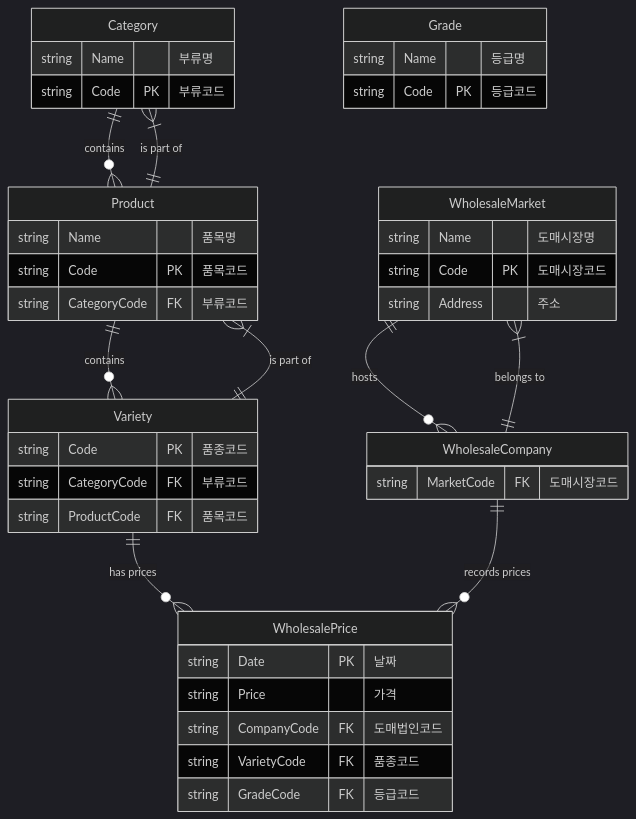
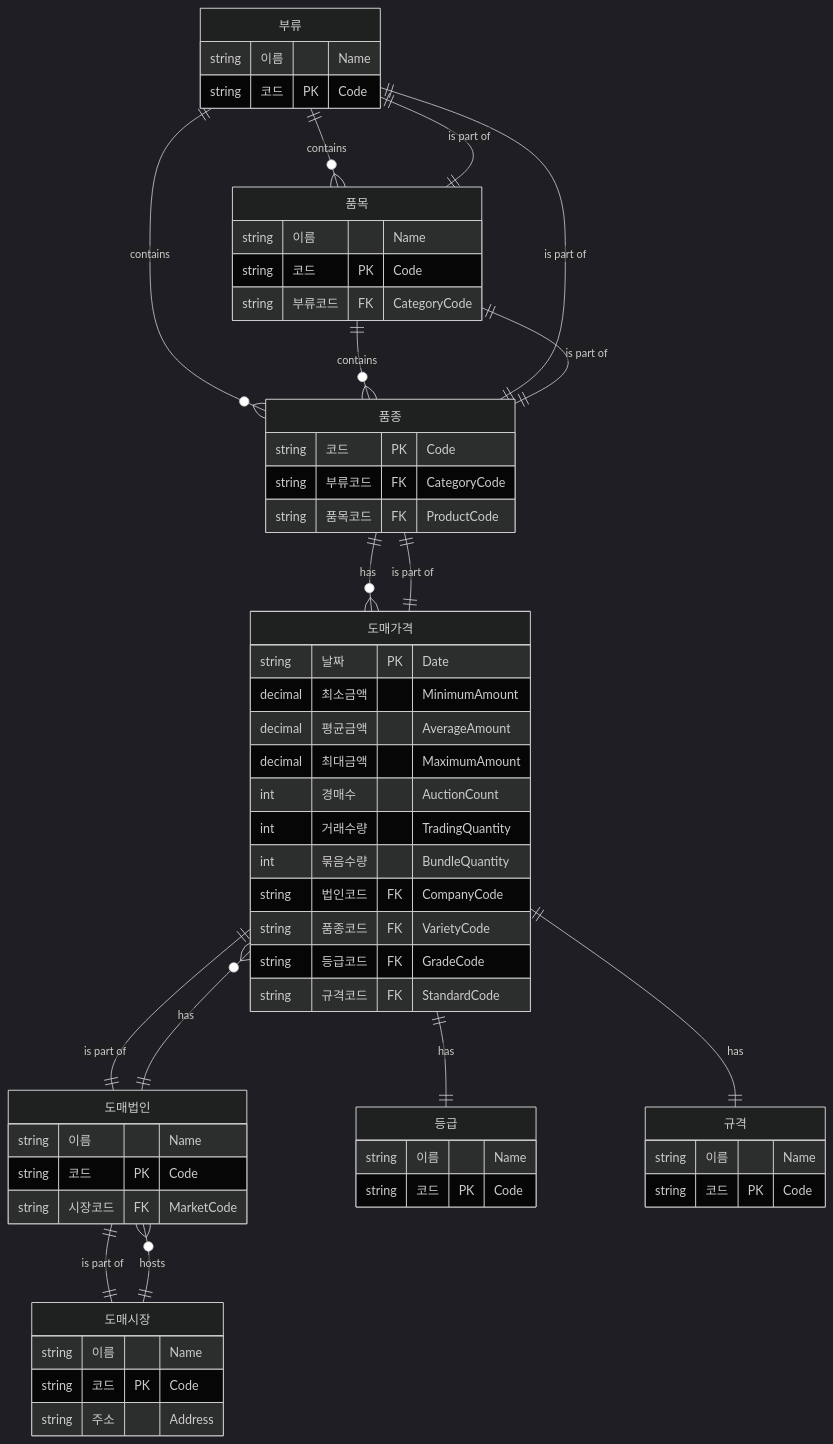
The diagram in README.md (cheolwo/Korea-Agriculture--Forestry-and-Fisheries-Public-Data), drawn with Mermaid (dark theme) before and after one commit.

````diff
--- a/README.md
+++ b/README.md
@@ -3,47 +3,65 @@
 ```mermaid
 erDiagram
-    "Category" ||--o{ "Product" : "contains"
-    "Product" ||--o{ "Variety" : "contains"
-    "Product" ||--|{ "Category" : "is part of"
-    "Variety" ||--|{ "Product" : "is part of"
-    "Variety" ||--o{ "WholesalePrice" : "has prices"
-    "WholesaleMarket" ||--o{ "WholesaleCompany" : "hosts"
-    "WholesaleCompany" ||--o{ "WholesalePrice" : "records prices"
-    "WholesaleCompany" ||--|{ "WholesaleMarket" : "belongs to"
+    "부류" ||--o{ "품목" : "contains"
+    "부류" ||--o{ "품종" : "contains"
+    "품목" ||--o{ "품종" : "contains"
+    "품목" ||--|| "부류" : "is part of"
+    "품종" ||--|| "부류" : "is part of"
+    "품종" ||--|| "품목" : "is part of"
+    "품종" ||--o{ "도매가격" : "has"
+    "도매시장" ||--o{ "도매법인" : "hosts"
+    "도매법인" ||--o{ "도매가격" : "has"
+    "도매법인" ||--|| "도매시장" : "is part of"
+    "도매가격" ||--|| "도매법인" : "is part of"
+    "도매가격" ||--|| "품종" : "is part of"
+    "도매가격" ||--|| "등급" : "has"
+    "도매가격" ||--|| "규격" : "has"
 
-    "Category" {
-        string Name "부류명"
-        string Code PK "부류코드"
+    "부류" {
+        string 이름 "Name"
+        string 코드 PK "Code"
     }
-    "Product" {
-        string Name "품목명"
-        string Code PK "품목코드"
-        string CategoryCode FK "부류코드"
+    "품목" {
+        string 이름 "Name"
+        string 코드 PK "Code"
+        string 부류코드 FK "CategoryCode"
     }
-    "Variety" {
-        string Code PK "품종코드"
-        string CategoryCode FK "부류코드"
-        string ProductCode FK "품목코드"
+    "품종" {
+        string 코드 PK "Code"
+        string 부류코드 FK "CategoryCode"
+        string 품목코드 FK "ProductCode"
     }
-    "WholesaleMarket" {
-        string Name "도매시장명"
-        string Code PK "도매시장코드"
-        string Address "주소"
+    "등급" {
+        string 이름 "Name"
+        string 코드 PK "Code"
     }
-    "WholesaleCompany" {
-        string MarketCode FK "도매시장코드"
+    "규격" {
+        string 이름 "Name"
+        string 코드 PK "Code"
     }
-    "WholesalePrice" {
-        string Date PK "날짜"
-        string Price "가격"
-        string CompanyCode FK "도매법인코드"
-        string VarietyCode FK "품종코드"
-        string GradeCode FK "등급코드"
+    "도매시장" {
+        string 이름 "Name"
+        string 코드 PK "Code"
+        string 주소 "Address"
     }
-    "Grade" {
-        string Name "등급명"
-        string Code PK "등급코드"
+    "도매법인" {
+        string 이름 "Name"
+        string 코드 PK "Code"
+        string 시장코드 FK "MarketCode"
+    }
+    "도매가격" {
+        string 날짜 PK "Date"
+        decimal 최소금액 "MinimumAmount"
+        decimal 평균금액 "AverageAmount"
+        decimal 최대금액 "MaximumAmount"
+        int 경매수 "AuctionCount"
+        int 거래수량 "TradingQuantity"
+        int 묶음수량 "BundleQuantity"
+        string 법인코드 FK "CompanyCode"
+        string 품종코드 FK "VarietyCode"
+        string 등급코드 FK "GradeCode"
+        string 규격코드 FK "StandardCode"
     }
 
 
 ```
````
